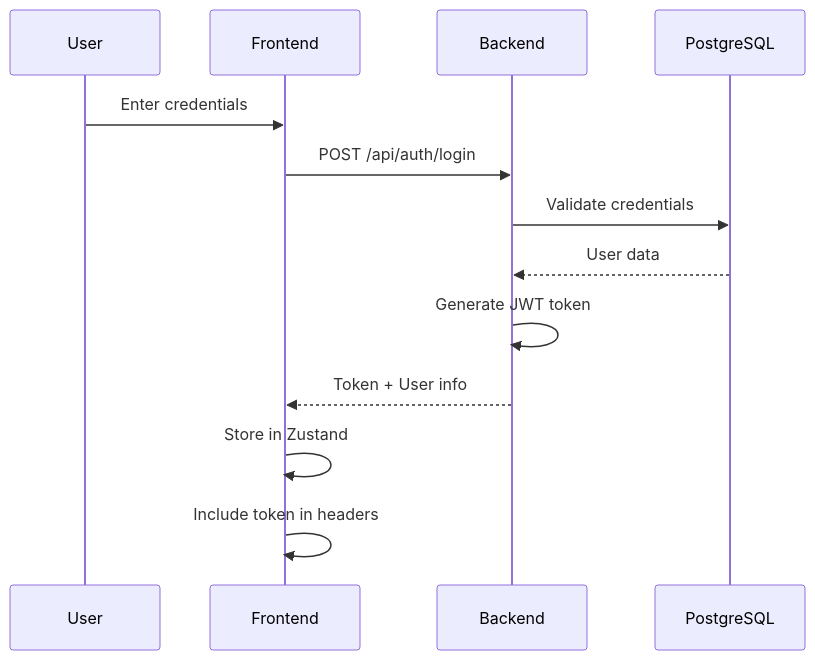
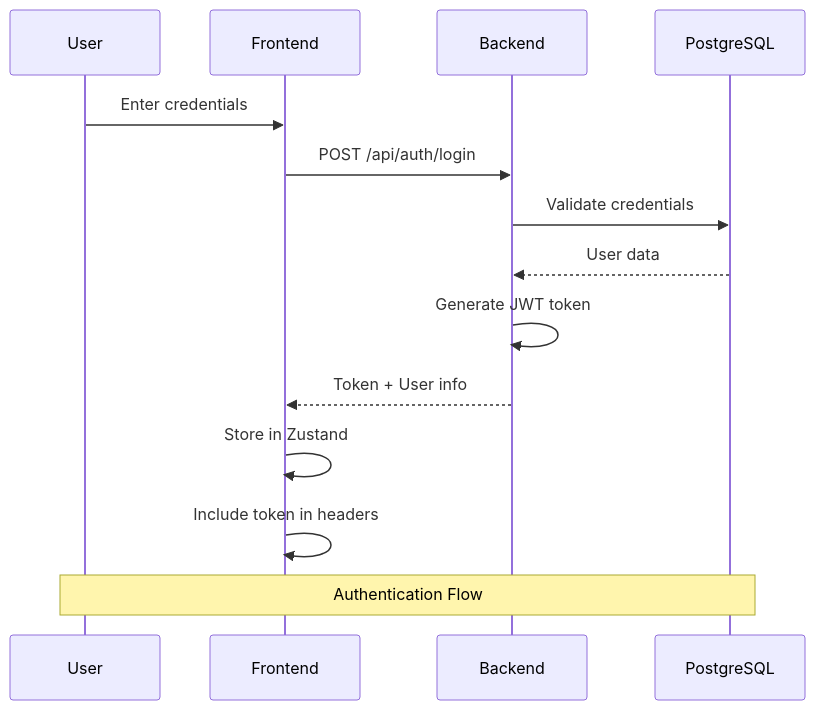
One commit to hamza-berahma/set-game changed the second of 5 diagrams in docs/architecture.md. Above: the diagram before and after it, drawn with Mermaid. The commit also changed other lines of this file and 7 other files, not shown here.

````diff
--- a/docs/architecture.md
+++ b/docs/architecture.md
@@ -75,16 +85,18 @@
 ```mermaid
 sequenceDiagram
     participant User
     participant Frontend
     participant Backend
     participant DB as PostgreSQL
     
     User->>Frontend: Enter credentials
     Frontend->>Backend: POST /api/auth/login
     Backend->>DB: Validate credentials
     DB-->>Backend: User data
     Backend->>Backend: Generate JWT token
     Backend-->>Frontend: Token + User info
     Frontend->>Frontend: Store in Zustand
     Frontend->>Frontend: Include token in headers
+    
+    Note over User,DB: Authentication Flow
 ```
````
